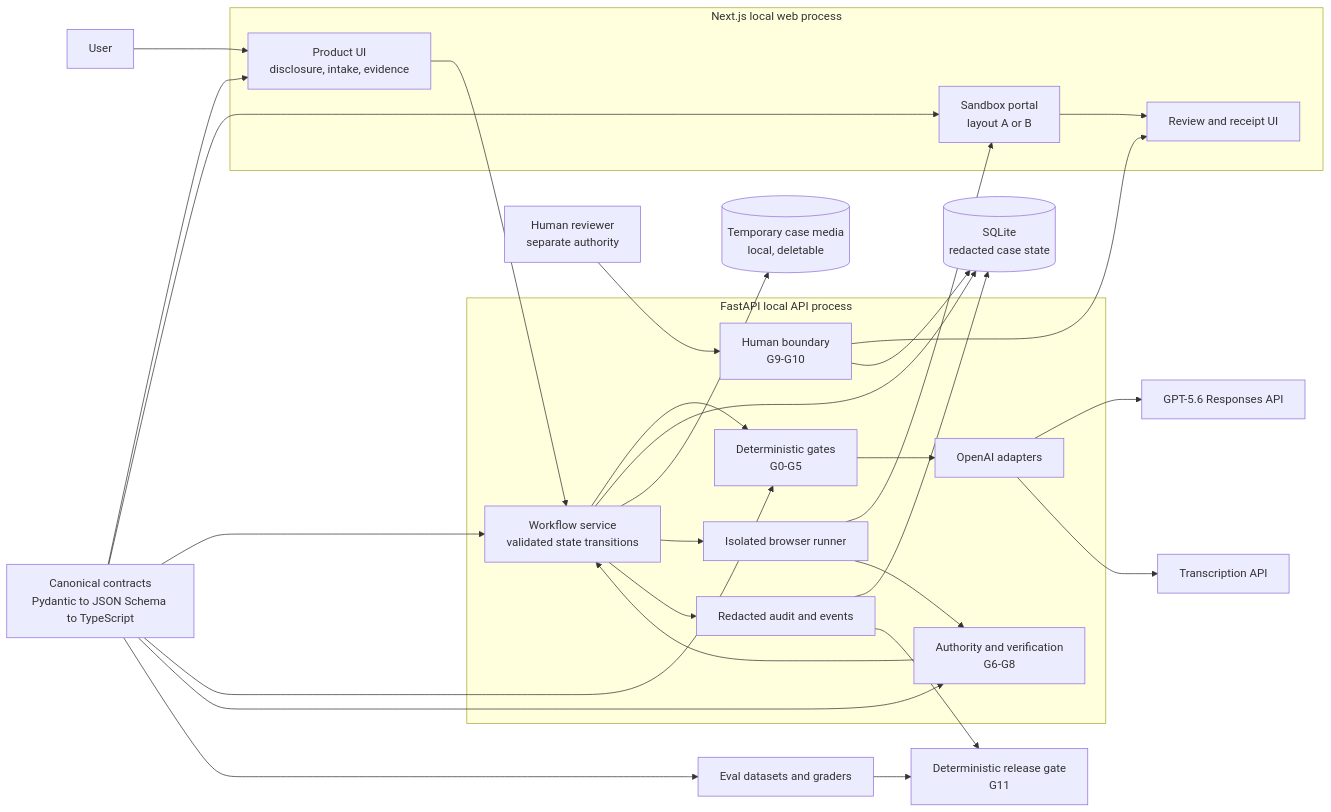
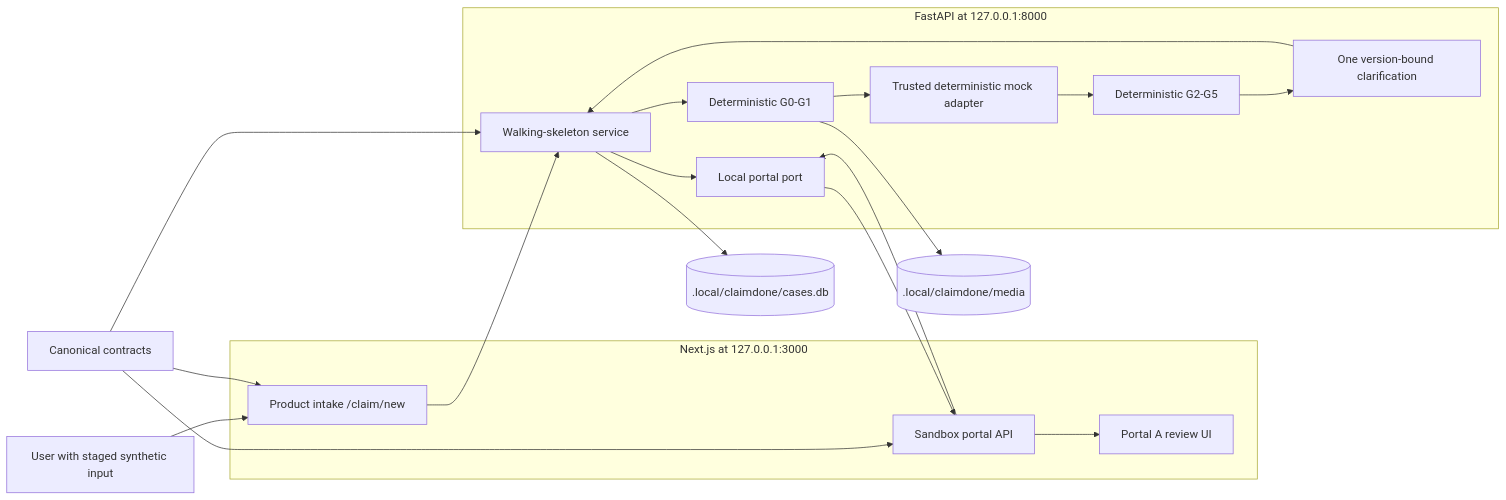
Before and after one commit to janikdotzel/claimdone: the second of 3 diagrams in docs/architecture.md, drawn with Mermaid. The commit also changed other lines of this file and 10 other files, not shown here.

Commit message:
test: integrate evals into canonical verification

````diff
--- a/docs/architecture.md
+++ b/docs/architecture.md
@@ -40,52 +52,35 @@
 ```mermaid
 flowchart LR
-    User["User"]
-    Human["Human reviewer<br/>separate authority"]
+    User["User with staged synthetic input"]
 
-    subgraph WebProcess["Next.js local web process"]
-        Product["Product UI<br/>disclosure, intake, evidence"]
-        Portal["Sandbox portal<br/>layout A or B"]
-        Review["Review and receipt UI"]
+    subgraph WebProcess["Next.js at 127.0.0.1:3000"]
+        Product["Product intake /claim/new"]
+        PortalAPI["Sandbox portal API"]
+        PortalA["Portal A review UI"]
     end
 
-    subgraph ApiProcess["FastAPI local API process"]
-        Workflow["Workflow service<br/>validated state transitions"]
-        GatesA["Deterministic gates<br/>G0-G5"]
-        Runner["Isolated browser runner"]
-        GatesB["Authority and verification<br/>G6-G8"]
-        Approval["Human boundary<br/>G9-G10"]
-        Audit["Redacted audit and events"]
-        Adapters["OpenAI adapters"]
+    subgraph ApiProcess["FastAPI at 127.0.0.1:8000"]
+        Workflow["Walking-skeleton service"]
+        G01["Deterministic G0-G1"]
+        Mock["Trusted deterministic mock adapter"]
+        G25["Deterministic G2-G5"]
+        Clarification["One version-bound clarification"]
+        PortalPort["Local portal port"]
     end
 
-    Contracts["Canonical contracts<br/>Pydantic to JSON Schema to TypeScript"]
-    DB[("SQLite<br/>redacted case state")]
-    Media[("Temporary case media<br/>local, deletable")]
-    GPT["GPT-5.6 Responses API"]
-    Audio["Transcription API"]
-    Evals["Eval datasets and graders"]
-    Release["Deterministic release gate<br/>G11"]
+    DB[(".local/claimdone/cases.db")]
+    Media[(".local/claimdone/media")]
+    Contracts["Canonical contracts"]
 
     User --> Product --> Workflow
-    Workflow --> GatesA
+    Workflow --> G01
+    G01 --> Media
+    G01 --> Mock --> G25
+    G25 --> Clarification --> Workflow
     Workflow --> DB
-    Workflow --> Media
-    GatesA --> Adapters
-    Adapters --> GPT
-    Adapters --> Audio
-    Workflow --> Runner --> Portal
-    Runner --> GatesB --> Workflow
-    Portal --> Review
-    Human --> Approval --> Review
-    Approval --> DB
-    Workflow --> Audit --> DB
-
+    Workflow --> PortalPort --> PortalAPI --> PortalA
+    PortalAPI --> PortalPort
     Contracts --> Product
-    Contracts --> Portal
     Contracts --> Workflow
-    Contracts --> GatesA
-    Contracts --> GatesB
-    Contracts --> Evals
-    Evals --> Release
-    Audit --> Release
+    Contracts --> PortalAPI
 ```
````
